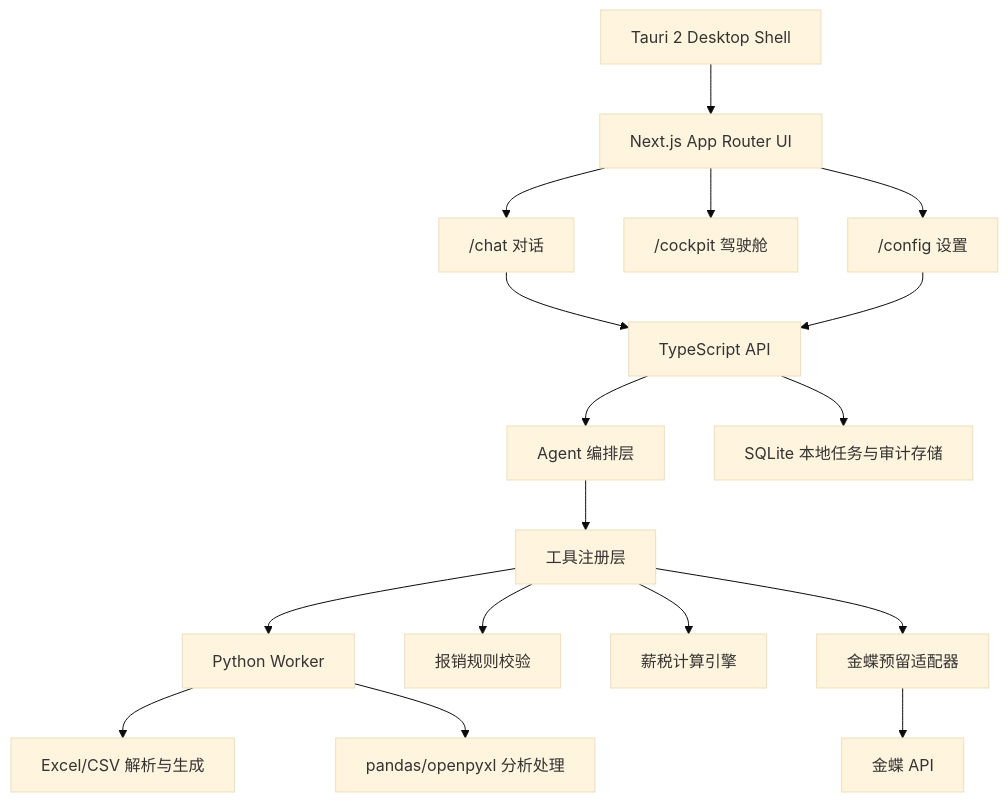
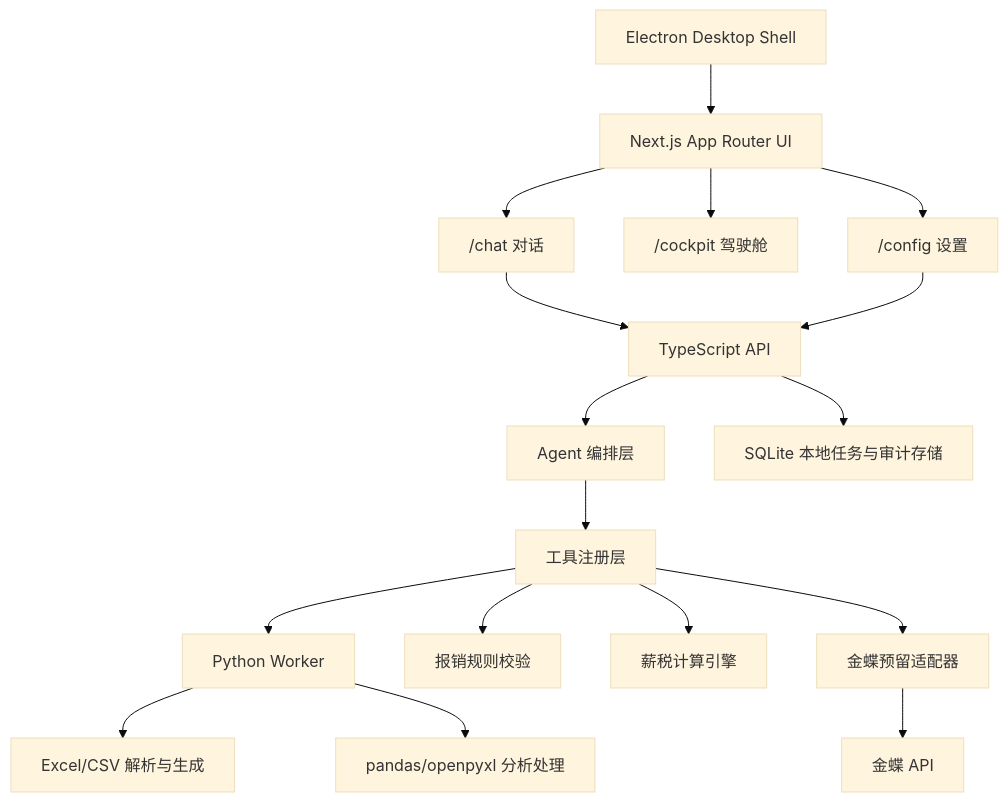
The diagram in docs/architecture.md (joyin-frog/finwork), drawn with Mermaid (base theme) before and after one commit. The commit also changed other lines of this file and 50 other files, not shown here.

First line of the commit message:
feat: migrate desktop shell to Electron (#73)

````diff
--- a/docs/architecture.md
+++ b/docs/architecture.md
@@ -13,19 +13,19 @@
 ```mermaid
 flowchart TD
   UI["Next.js App Router UI"] --> Chat["/chat 对话"]
   UI --> Cockpit["/cockpit 驾驶舱"]
   UI --> Config["/config 设置"]
   Chat --> API["TypeScript API"]
   Config --> API
   API --> Agent["Agent 编排层"]
   API --> Store["SQLite 本地任务与审计存储"]
   Agent --> Tools["工具注册层"]
   Tools --> Py["Python Worker"]
   Py --> Excel["Excel/CSV 解析与生成"]
   Py --> Analysis["pandas/openpyxl 分析处理"]
   Tools --> Rules["报销规则校验"]
   Tools --> Tax["薪税计算引擎"]
   Tools --> Adapter["金蝶预留适配器"]
   Adapter --> Kingdee["金蝶 API"]
-  Tauri["Tauri 2 Desktop Shell"] --> UI
+  Electron["Electron Desktop Shell"] --> UI
 ```
````
